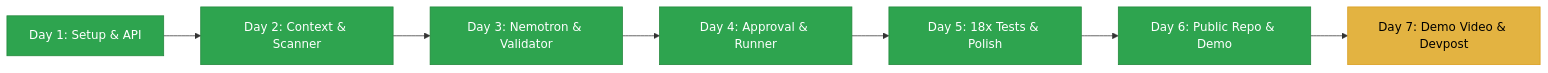
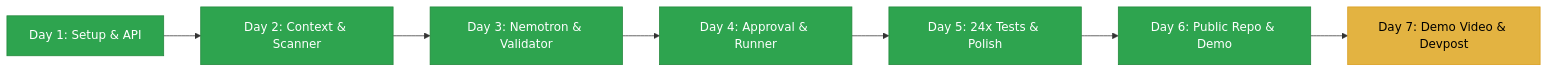
Before and after one commit to Dev-gautam-roy/coding-cli: the first of 2 diagrams in README.md, drawn with Mermaid. The commit also changed other lines of this file and 5 other files, not shown here.

````diff
--- a/README.md
+++ b/README.md
@@ -49,15 +49,15 @@
 ```mermaid
 flowchart LR
     D1["Day 1: Setup & API"] --> D2["Day 2: Context & Scanner"]
     D2 --> D3["Day 3: Nemotron & Validator"]
     D3 --> D4["Day 4: Approval & Runner"]
-    D4 --> D5["Day 5: 18x Tests & Polish"]
+    D4 --> D5["Day 5: 24x Tests & Polish"]
     D5 --> D6["Day 6: Public Repo & Demo"]
     D6 --> D7["Day 7: Demo Video & Devpost"]
 
     classDef done fill:#2ea44f,stroke:#22863a,color:#fff;
     classDef active fill:#e3b341,stroke:#d99b1a,color:#000;
 
     class D1,D2,D3,D4,D5,D6 done;
     class D7 active;
 ```
````
